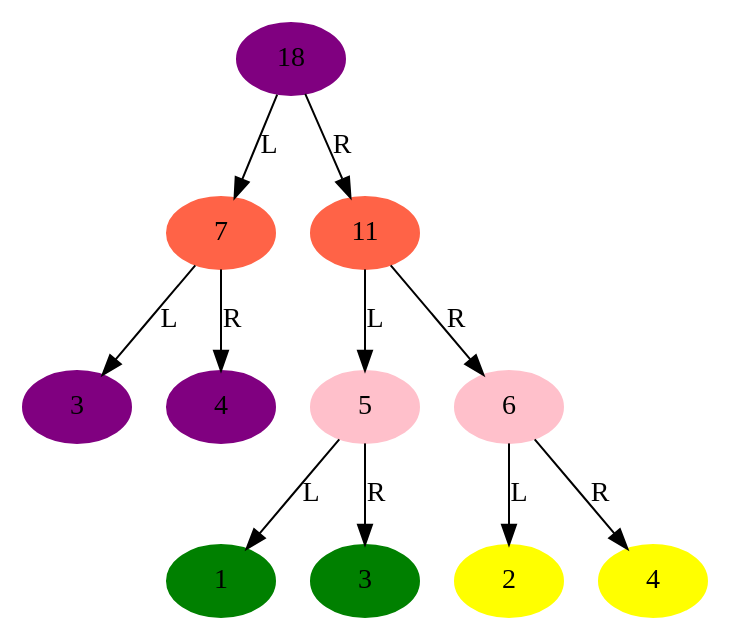
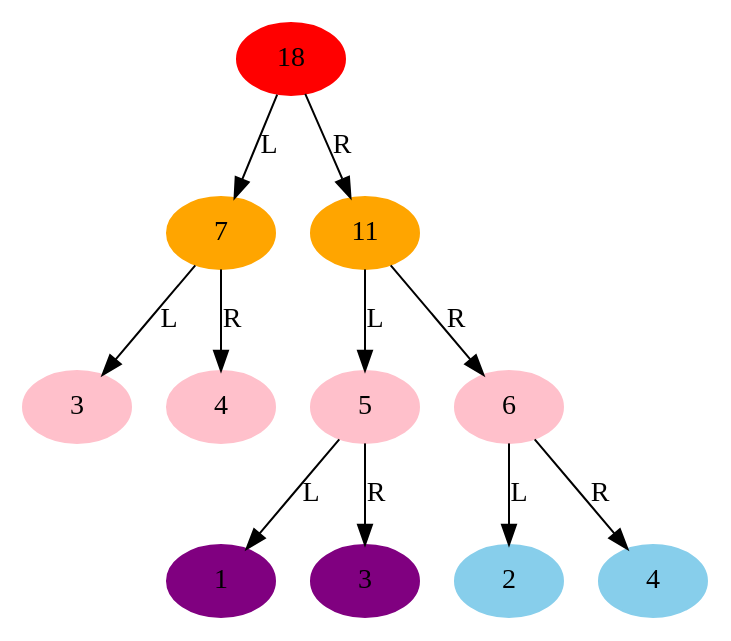
One commit to Batman001/leetcode_in_python changed the diagram in btree/output/tree.gv. Above: the diagram before and after it, drawn with Graphviz. The commit also changed 6 other files, not shown here.

```diff
--- a/btree/output/tree.gv
+++ b/btree/output/tree.gv
@@ -1,24 +1,24 @@
 // Binary Tree
 digraph {
-	"4db93468-a1aa-11eb-b4b0-1e00da1ed869" [label=18 color=purple style=filled]
-	"4db93724-a1aa-11eb-b4b0-1e00da1ed869" [label=7 color=tomato style=filled]
-	"4db93468-a1aa-11eb-b4b0-1e00da1ed869" -> "4db93724-a1aa-11eb-b4b0-1e00da1ed869" [label=L]
-	"4db9383c-a1aa-11eb-b4b0-1e00da1ed869" [label=3 color=purple style=filled]
-	"4db93724-a1aa-11eb-b4b0-1e00da1ed869" -> "4db9383c-a1aa-11eb-b4b0-1e00da1ed869" [label=L]
-	"4db9390e-a1aa-11eb-b4b0-1e00da1ed869" [label=4 color=purple style=filled]
-	"4db93724-a1aa-11eb-b4b0-1e00da1ed869" -> "4db9390e-a1aa-11eb-b4b0-1e00da1ed869" [label=R]
-	"4db939d6-a1aa-11eb-b4b0-1e00da1ed869" [label=11 color=tomato style=filled]
-	"4db93468-a1aa-11eb-b4b0-1e00da1ed869" -> "4db939d6-a1aa-11eb-b4b0-1e00da1ed869" [label=R]
-	"4db93a94-a1aa-11eb-b4b0-1e00da1ed869" [label=5 color=pink style=filled]
-	"4db939d6-a1aa-11eb-b4b0-1e00da1ed869" -> "4db93a94-a1aa-11eb-b4b0-1e00da1ed869" [label=L]
-	"4db93b48-a1aa-11eb-b4b0-1e00da1ed869" [label=1 color=green style=filled]
-	"4db93a94-a1aa-11eb-b4b0-1e00da1ed869" -> "4db93b48-a1aa-11eb-b4b0-1e00da1ed869" [label=L]
-	"4db93bfc-a1aa-11eb-b4b0-1e00da1ed869" [label=3 color=green style=filled]
-	"4db93a94-a1aa-11eb-b4b0-1e00da1ed869" -> "4db93bfc-a1aa-11eb-b4b0-1e00da1ed869" [label=R]
-	"4db93cb0-a1aa-11eb-b4b0-1e00da1ed869" [label=6 color=pink style=filled]
-	"4db939d6-a1aa-11eb-b4b0-1e00da1ed869" -> "4db93cb0-a1aa-11eb-b4b0-1e00da1ed869" [label=R]
-	"4db93d64-a1aa-11eb-b4b0-1e00da1ed869" [label=2 color=yellow style=filled]
-	"4db93cb0-a1aa-11eb-b4b0-1e00da1ed869" -> "4db93d64-a1aa-11eb-b4b0-1e00da1ed869" [label=L]
-	"4db93e22-a1aa-11eb-b4b0-1e00da1ed869" [label=4 color=yellow style=filled]
-	"4db93cb0-a1aa-11eb-b4b0-1e00da1ed869" -> "4db93e22-a1aa-11eb-b4b0-1e00da1ed869" [label=R]
+	"e09ccdc8-dd29-11ed-bf48-784f439765e1" [label=18 color=red style=filled]
+	"e09cda48-dd29-11ed-bf48-784f439765e1" [label=7 color=orange style=filled]
+	"e09ccdc8-dd29-11ed-bf48-784f439765e1" -> "e09cda48-dd29-11ed-bf48-784f439765e1" [label=L]
+	"e09cf6cc-dd29-11ed-bf48-784f439765e1" [label=3 color=pink style=filled]
+	"e09cda48-dd29-11ed-bf48-784f439765e1" -> "e09cf6cc-dd29-11ed-bf48-784f439765e1" [label=L]
+	"e09d0ac2-dd29-11ed-bf48-784f439765e1" [label=4 color=pink style=filled]
+	"e09cda48-dd29-11ed-bf48-784f439765e1" -> "e09d0ac2-dd29-11ed-bf48-784f439765e1" [label=R]
+	"e09d0e0a-dd29-11ed-bf48-784f439765e1" [label=11 color=orange style=filled]
+	"e09ccdc8-dd29-11ed-bf48-784f439765e1" -> "e09d0e0a-dd29-11ed-bf48-784f439765e1" [label=R]
+	"e09d135a-dd29-11ed-bf48-784f439765e1" [label=5 color=pink style=filled]
+	"e09d0e0a-dd29-11ed-bf48-784f439765e1" -> "e09d135a-dd29-11ed-bf48-784f439765e1" [label=L]
+	"e09d1706-dd29-11ed-bf48-784f439765e1" [label=1 color=purple style=filled]
+	"e09d135a-dd29-11ed-bf48-784f439765e1" -> "e09d1706-dd29-11ed-bf48-784f439765e1" [label=L]
+	"e09d1a30-dd29-11ed-bf48-784f439765e1" [label=3 color=purple style=filled]
+	"e09d135a-dd29-11ed-bf48-784f439765e1" -> "e09d1a30-dd29-11ed-bf48-784f439765e1" [label=R]
+	"e09d1d28-dd29-11ed-bf48-784f439765e1" [label=6 color=pink style=filled]
+	"e09d0e0a-dd29-11ed-bf48-784f439765e1" -> "e09d1d28-dd29-11ed-bf48-784f439765e1" [label=R]
+	"e09d2002-dd29-11ed-bf48-784f439765e1" [label=2 color=skyblue style=filled]
+	"e09d1d28-dd29-11ed-bf48-784f439765e1" -> "e09d2002-dd29-11ed-bf48-784f439765e1" [label=L]
+	"e09d22c8-dd29-11ed-bf48-784f439765e1" [label=4 color=skyblue style=filled]
+	"e09d1d28-dd29-11ed-bf48-784f439765e1" -> "e09d22c8-dd29-11ed-bf48-784f439765e1" [label=R]
 }
```
